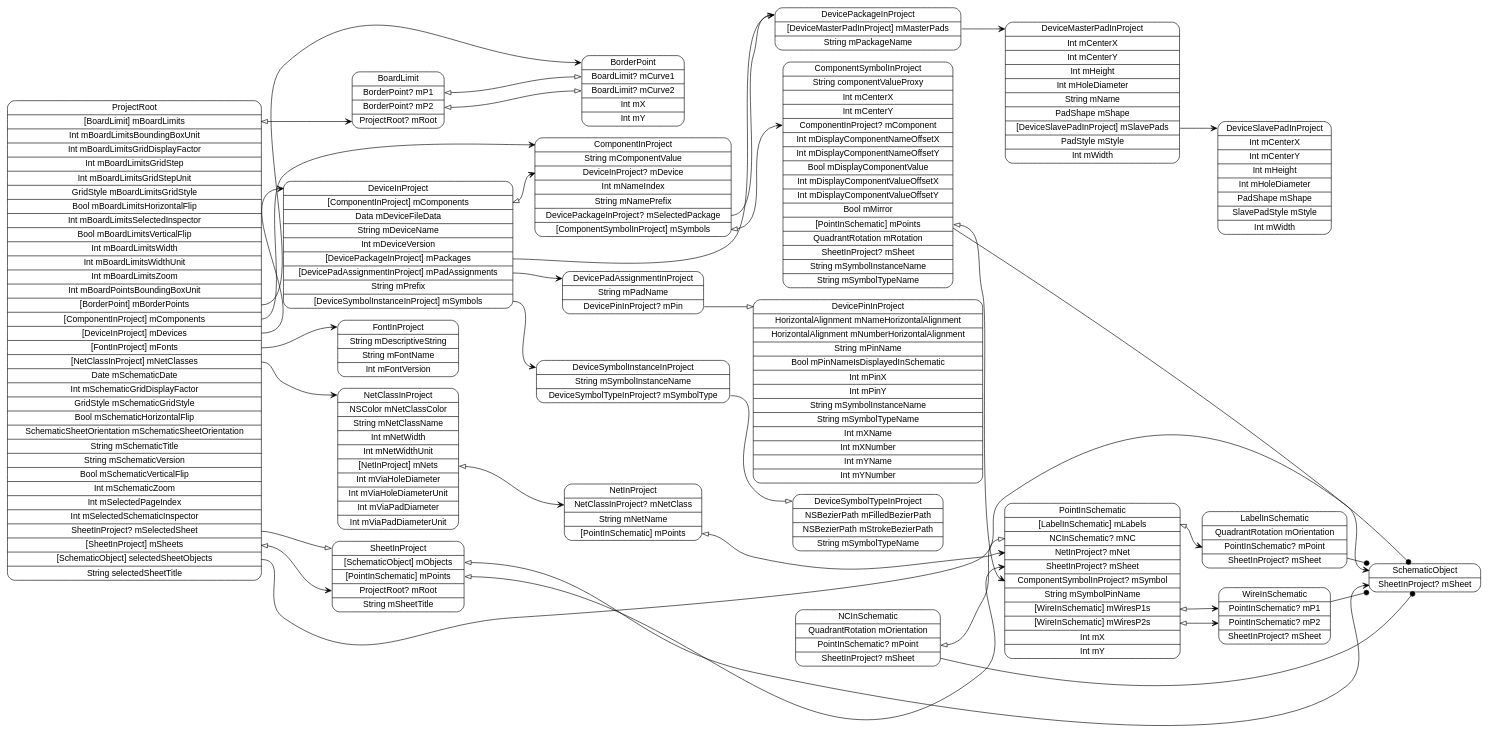
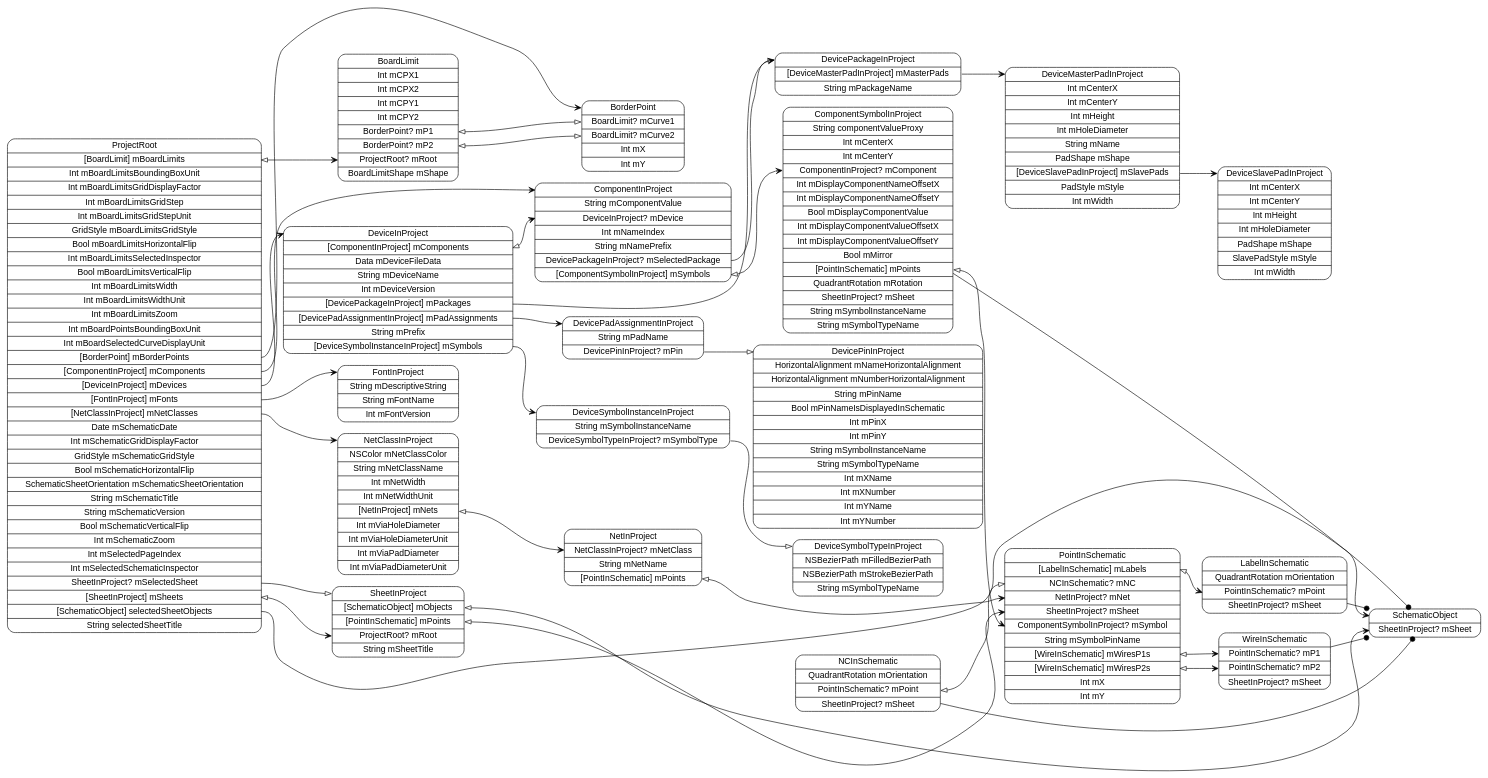
The diagram in models/ProjectRoot.dot (pierremolinaro/ElCanari-dev), drawn with Graphviz before and after one commit. The commit also changed 32 other files, not shown here.

Commit message:
Bezier Path -> Board limit

```diff
--- a/models/ProjectRoot.dot
+++ b/models/ProjectRoot.dot
@@ -1,60 +1,60 @@
 digraph G {
   rankdir=LR ;
   node [shape=record fontname=helvetica style=rounded] ;
-  ProjectRoot[label="<ProjectRoot>ProjectRoot|<mBoardLimits>[BoardLimit] mBoardLimits|Int mBoardLimitsBoundingBoxUnit|Int mBoardLimitsGridDisplayFactor|Int mBoardLimitsGridStep|Int mBoardLimitsGridStepUnit|GridStyle mBoardLimitsGridStyle|Bool mBoardLimitsHorizontalFlip|Int mBoardLimitsSelectedInspector|Bool mBoardLimitsVerticalFlip|Int mBoardLimitsWidth|Int mBoardLimitsWidthUnit|Int mBoardLimitsZoom|Int mBoardPointsBoundingBoxUnit|<mBorderPoints>[BorderPoint] mBorderPoints|<mComponents>[ComponentInProject] mComponents|<mDevices>[DeviceInProject] mDevices|<mFonts>[FontInProject] mFonts|<mNetClasses>[NetClassInProject] mNetClasses|Date mSchematicDate|Int mSchematicGridDisplayFactor|GridStyle mSchematicGridStyle|Bool mSchematicHorizontalFlip|SchematicSheetOrientation mSchematicSheetOrientation|String mSchematicTitle|String mSchematicVersion|Bool mSchematicVerticalFlip|Int mSchematicZoom|Int mSelectedPageIndex|Int mSelectedSchematicInspector|<mSelectedSheet>SheetInProject? mSelectedSheet|<mSheets>[SheetInProject] mSheets|<selectedSheetObjects>[SchematicObject] selectedSheetObjects|String selectedSheetTitle"] ;
+  ProjectRoot[label="<ProjectRoot>ProjectRoot|<mBoardLimits>[BoardLimit] mBoardLimits|Int mBoardLimitsBoundingBoxUnit|Int mBoardLimitsGridDisplayFactor|Int mBoardLimitsGridStep|Int mBoardLimitsGridStepUnit|GridStyle mBoardLimitsGridStyle|Bool mBoardLimitsHorizontalFlip|Int mBoardLimitsSelectedInspector|Bool mBoardLimitsVerticalFlip|Int mBoardLimitsWidth|Int mBoardLimitsWidthUnit|Int mBoardLimitsZoom|Int mBoardPointsBoundingBoxUnit|Int mBoardSelectedCurveDisplayUnit|<mBorderPoints>[BorderPoint] mBorderPoints|<mComponents>[ComponentInProject] mComponents|<mDevices>[DeviceInProject] mDevices|<mFonts>[FontInProject] mFonts|<mNetClasses>[NetClassInProject] mNetClasses|Date mSchematicDate|Int mSchematicGridDisplayFactor|GridStyle mSchematicGridStyle|Bool mSchematicHorizontalFlip|SchematicSheetOrientation mSchematicSheetOrientation|String mSchematicTitle|String mSchematicVersion|Bool mSchematicVerticalFlip|Int mSchematicZoom|Int mSelectedPageIndex|Int mSelectedSchematicInspector|<mSelectedSheet>SheetInProject? mSelectedSheet|<mSheets>[SheetInProject] mSheets|<selectedSheetObjects>[SchematicObject] selectedSheetObjects|String selectedSheetTitle"] ;
   SchematicObject[label="<SchematicObject>SchematicObject|<mSheet>SheetInProject? mSheet"] ;
   SheetInProject[label="<SheetInProject>SheetInProject|<mObjects>[SchematicObject] mObjects|<mPoints>[PointInSchematic] mPoints|<mRoot>ProjectRoot? mRoot|String mSheetTitle"] ;
   PointInSchematic[label="<PointInSchematic>PointInSchematic|<mLabels>[LabelInSchematic] mLabels|<mNC>NCInSchematic? mNC|<mNet>NetInProject? mNet|<mSheet>SheetInProject? mSheet|<mSymbol>ComponentSymbolInProject? mSymbol|String mSymbolPinName|<mWiresP1s>[WireInSchematic] mWiresP1s|<mWiresP2s>[WireInSchematic] mWiresP2s|Int mX|Int mY"] ;
   WireInSchematic[label="<WireInSchematic>WireInSchematic|<mP1>PointInSchematic? mP1|<mP2>PointInSchematic? mP2|<mSheet>SheetInProject? mSheet"] ;
   NCInSchematic[label="<NCInSchematic>NCInSchematic|QuadrantRotation mOrientation|<mPoint>PointInSchematic? mPoint|<mSheet>SheetInProject? mSheet"] ;
   LabelInSchematic[label="<LabelInSchematic>LabelInSchematic|QuadrantRotation mOrientation|<mPoint>PointInSchematic? mPoint|<mSheet>SheetInProject? mSheet"] ;
   NetClassInProject[label="<NetClassInProject>NetClassInProject|NSColor mNetClassColor|String mNetClassName|Int mNetWidth|Int mNetWidthUnit|<mNets>[NetInProject] mNets|Int mViaHoleDiameter|Int mViaHoleDiameterUnit|Int mViaPadDiameter|Int mViaPadDiameterUnit"] ;
   NetInProject[label="<NetInProject>NetInProject|<mNetClass>NetClassInProject? mNetClass|String mNetName|<mPoints>[PointInSchematic] mPoints"] ;
   FontInProject[label="<FontInProject>FontInProject|String mDescriptiveString|String mFontName|Int mFontVersion"] ;
   DeviceInProject[label="<DeviceInProject>DeviceInProject|<mComponents>[ComponentInProject] mComponents|Data mDeviceFileData|String mDeviceName|Int mDeviceVersion|<mPackages>[DevicePackageInProject] mPackages|<mPadAssignments>[DevicePadAssignmentInProject] mPadAssignments|String mPrefix|<mSymbols>[DeviceSymbolInstanceInProject] mSymbols"] ;
   DeviceSymbolInstanceInProject[label="<DeviceSymbolInstanceInProject>DeviceSymbolInstanceInProject|String mSymbolInstanceName|<mSymbolType>DeviceSymbolTypeInProject? mSymbolType"] ;
   DeviceSymbolTypeInProject[label="<DeviceSymbolTypeInProject>DeviceSymbolTypeInProject|NSBezierPath mFilledBezierPath|NSBezierPath mStrokeBezierPath|String mSymbolTypeName"] ;
   DevicePadAssignmentInProject[label="<DevicePadAssignmentInProject>DevicePadAssignmentInProject|String mPadName|<mPin>DevicePinInProject? mPin"] ;
   DevicePinInProject[label="<DevicePinInProject>DevicePinInProject|HorizontalAlignment mNameHorizontalAlignment|HorizontalAlignment mNumberHorizontalAlignment|String mPinName|Bool mPinNameIsDisplayedInSchematic|Int mPinX|Int mPinY|String mSymbolInstanceName|String mSymbolTypeName|Int mXName|Int mXNumber|Int mYName|Int mYNumber"] ;
   DevicePackageInProject[label="<DevicePackageInProject>DevicePackageInProject|<mMasterPads>[DeviceMasterPadInProject] mMasterPads|String mPackageName"] ;
   DeviceMasterPadInProject[label="<DeviceMasterPadInProject>DeviceMasterPadInProject|Int mCenterX|Int mCenterY|Int mHeight|Int mHoleDiameter|String mName|PadShape mShape|<mSlavePads>[DeviceSlavePadInProject] mSlavePads|PadStyle mStyle|Int mWidth"] ;
   DeviceSlavePadInProject[label="<DeviceSlavePadInProject>DeviceSlavePadInProject|Int mCenterX|Int mCenterY|Int mHeight|Int mHoleDiameter|PadShape mShape|SlavePadStyle mStyle|Int mWidth"] ;
   ComponentInProject[label="<ComponentInProject>ComponentInProject|String mComponentValue|<mDevice>DeviceInProject? mDevice|Int mNameIndex|String mNamePrefix|<mSelectedPackage>DevicePackageInProject? mSelectedPackage|<mSymbols>[ComponentSymbolInProject] mSymbols"] ;
   ComponentSymbolInProject[label="<ComponentSymbolInProject>ComponentSymbolInProject|String componentValueProxy|Int mCenterX|Int mCenterY|<mComponent>ComponentInProject? mComponent|Int mDisplayComponentNameOffsetX|Int mDisplayComponentNameOffsetY|Bool mDisplayComponentValue|Int mDisplayComponentValueOffsetX|Int mDisplayComponentValueOffsetY|Bool mMirror|<mPoints>[PointInSchematic] mPoints|QuadrantRotation mRotation|<mSheet>SheetInProject? mSheet|String mSymbolInstanceName|String mSymbolTypeName"] ;
   BorderPoint[label="<BorderPoint>BorderPoint|<mCurve1>BoardLimit? mCurve1|<mCurve2>BoardLimit? mCurve2|Int mX|Int mY"] ;
-  BoardLimit[label="<BoardLimit>BoardLimit|<mP1>BorderPoint? mP1|<mP2>BorderPoint? mP2|<mRoot>ProjectRoot? mRoot"] ;
+  BoardLimit[label="<BoardLimit>BoardLimit|Int mCPX1|Int mCPX2|Int mCPY1|Int mCPY2|<mP1>BorderPoint? mP1|<mP2>BorderPoint? mP2|<mRoot>ProjectRoot? mRoot|BoardLimitShape mShape"] ;
   ProjectRoot:mBoardLimits -> BoardLimit:mRoot [dir=both arrowtail=onormal arrowhead=vee] ;
   ProjectRoot:mBorderPoints -> BorderPoint:BorderPoint [dir=both arrowtail=none arrowhead=vee] ;
   ProjectRoot:mComponents -> ComponentInProject:ComponentInProject [dir=both arrowtail=none arrowhead=vee] ;
   ProjectRoot:mDevices -> DeviceInProject:DeviceInProject [dir=both arrowtail=none arrowhead=vee] ;
   ProjectRoot:mFonts -> FontInProject:FontInProject [dir=both arrowtail=none arrowhead=vee] ;
   ProjectRoot:mNetClasses -> NetClassInProject:NetClassInProject [dir=both arrowtail=none arrowhead=vee] ;
   ProjectRoot:mSelectedSheet -> SheetInProject:SheetInProject [dir=both arrowtail=none arrowhead=onormal] ;
   ProjectRoot:mSheets -> SheetInProject:mRoot [dir=both arrowtail=onormal arrowhead=vee] ;
   ProjectRoot:selectedSheetObjects -> SchematicObject:SchematicObject [dir=both arrowtail=none arrowhead=vee] ;
   SheetInProject:mObjects -> SchematicObject:mSheet [dir=both arrowtail=onormal arrowhead=vee] ;
   SheetInProject:mPoints -> PointInSchematic:mSheet [dir=both arrowtail=onormal arrowhead=vee] ;
   PointInSchematic:mLabels -> LabelInSchematic:mPoint [dir=both arrowtail=onormal arrowhead=vee] ;
   PointInSchematic:mWiresP1s -> WireInSchematic:mP1 [dir=both arrowtail=onormal arrowhead=vee] ;
   PointInSchematic:mWiresP2s -> WireInSchematic:mP2 [dir=both arrowtail=onormal arrowhead=vee] ;
   WireInSchematic -> SchematicObject [arrowhead=dot] ;
   NCInSchematic -> SchematicObject [arrowhead=dot] ;
   NCInSchematic:mPoint -> PointInSchematic:mNC [dir=both arrowtail=onormal arrowhead=onormal] ;
   LabelInSchematic -> SchematicObject [arrowhead=dot] ;
   NetClassInProject:mNets -> NetInProject:mNetClass [dir=both arrowtail=onormal arrowhead=vee] ;
   NetInProject:mPoints -> PointInSchematic:mNet [dir=both arrowtail=onormal arrowhead=vee] ;
   DeviceInProject:mComponents -> ComponentInProject:mDevice [dir=both arrowtail=onormal arrowhead=vee] ;
   DeviceInProject:mPackages -> DevicePackageInProject:DevicePackageInProject [dir=both arrowtail=none arrowhead=vee] ;
   DeviceInProject:mPadAssignments -> DevicePadAssignmentInProject:DevicePadAssignmentInProject [dir=both arrowtail=none arrowhead=vee] ;
   DeviceInProject:mSymbols -> DeviceSymbolInstanceInProject:DeviceSymbolInstanceInProject [dir=both arrowtail=none arrowhead=vee] ;
   DeviceSymbolInstanceInProject:mSymbolType -> DeviceSymbolTypeInProject:DeviceSymbolTypeInProject [dir=both arrowtail=none arrowhead=onormal] ;
   DevicePadAssignmentInProject:mPin -> DevicePinInProject:DevicePinInProject [dir=both arrowtail=none arrowhead=onormal] ;
   DevicePackageInProject:mMasterPads -> DeviceMasterPadInProject:DeviceMasterPadInProject [dir=both arrowtail=none arrowhead=vee] ;
   DeviceMasterPadInProject:mSlavePads -> DeviceSlavePadInProject:DeviceSlavePadInProject [dir=both arrowtail=none arrowhead=vee] ;
   ComponentInProject:mSelectedPackage -> DevicePackageInProject:DevicePackageInProject [dir=both arrowtail=none arrowhead=onormal] ;
   ComponentInProject:mSymbols -> ComponentSymbolInProject:mComponent [dir=both arrowtail=onormal arrowhead=vee] ;
   ComponentSymbolInProject -> SchematicObject [arrowhead=dot] ;
   ComponentSymbolInProject:mPoints -> PointInSchematic:mSymbol [dir=both arrowtail=onormal arrowhead=vee] ;
   BoardLimit:mP1 -> BorderPoint:mCurve1 [dir=both arrowtail=onormal arrowhead=onormal] ;
   BoardLimit:mP2 -> BorderPoint:mCurve2 [dir=both arrowtail=onormal arrowhead=onormal] ;
 }
```
